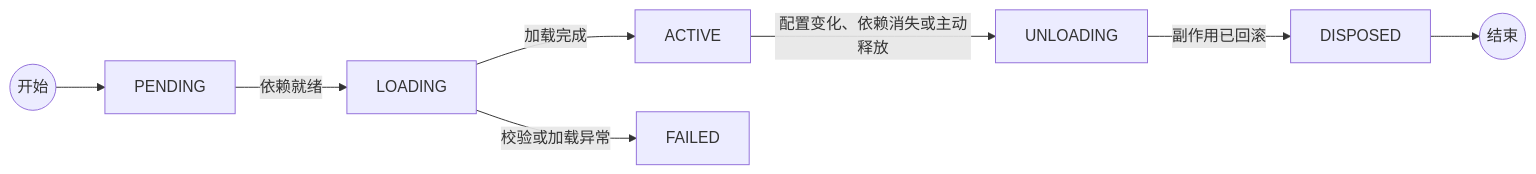
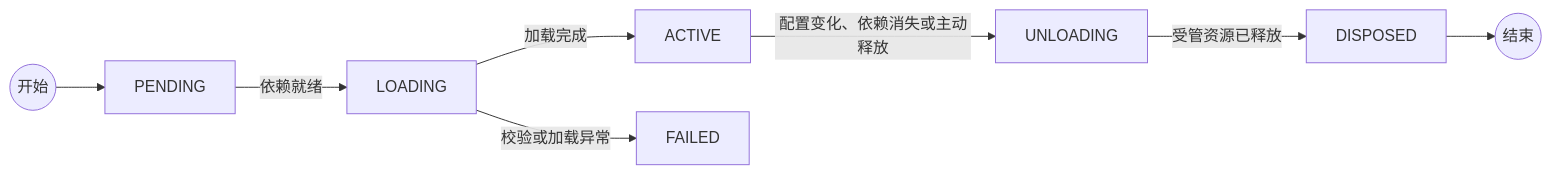
The diagram in src/content/writing/deepseek-harness-composition.md (MarkingYang/aidea-lab), drawn with Mermaid before and after one commit. The commit also changed other lines of this file and 106 other files, not shown here.

Commit message:
content: complete full editorial optimization and harness architecture guide

````diff
--- a/src/content/writing/deepseek-harness-composition.md
+++ b/src/content/writing/deepseek-harness-composition.md
@@ -55,10 +55,10 @@
 ```mermaid
 flowchart LR
   START((开始)) --> PENDING[PENDING]
   PENDING -->|依赖就绪| LOADING[LOADING]
   LOADING -->|加载完成| ACTIVE[ACTIVE]
   LOADING -->|校验或加载异常| FAILED[FAILED]
   ACTIVE -->|配置变化、依赖消失或主动释放| UNLOADING[UNLOADING]
-  UNLOADING -->|副作用已回滚| DISPOSED[DISPOSED]
+  UNLOADING -->|受管资源已释放| DISPOSED[DISPOSED]
   DISPOSED --> FINISH((结束))
 ```
````
